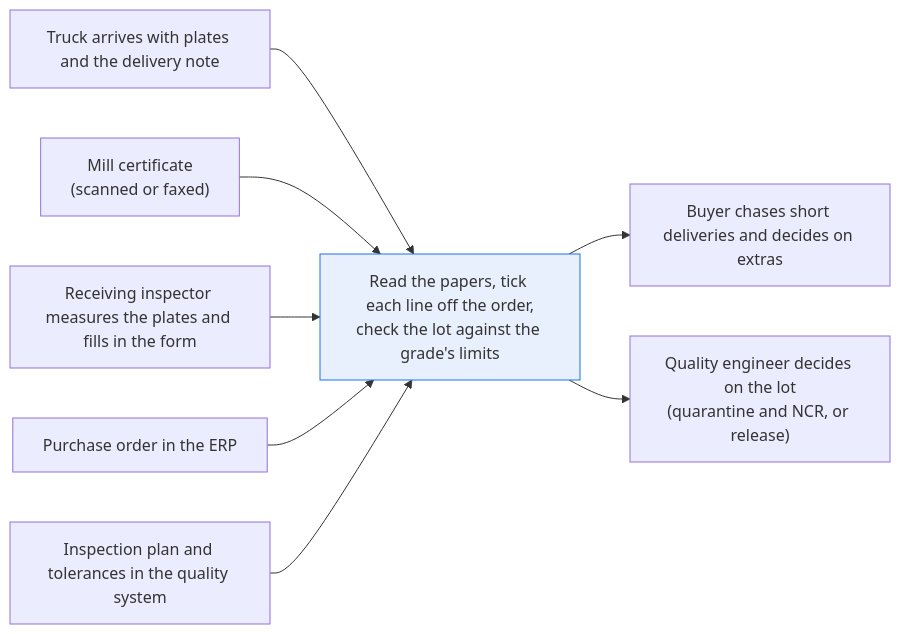
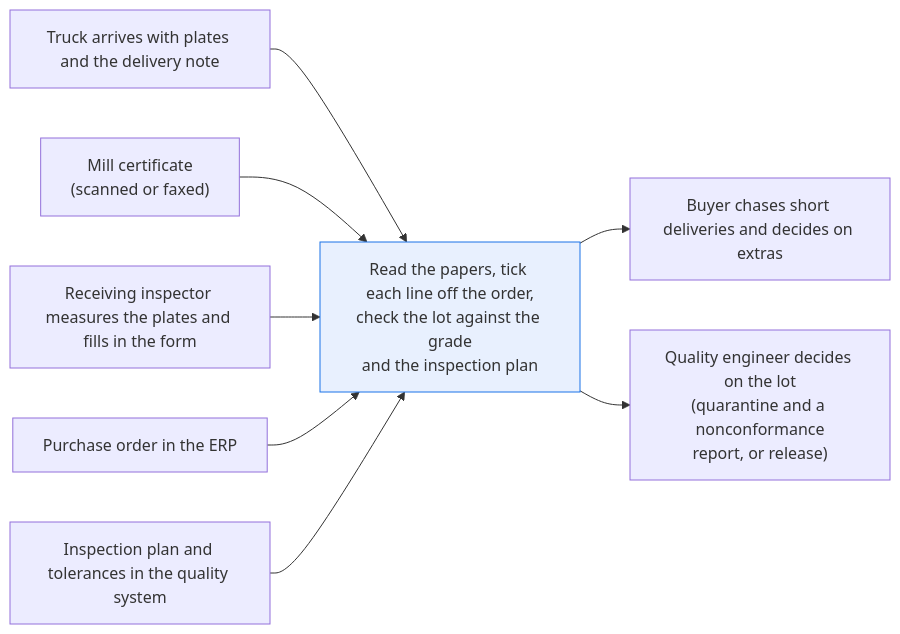
One commit to superlinked/cookbook changed the first of 2 diagrams in manufacturing/check_delivery_against_po/README.md. Above: the diagram before and after it, drawn with Mermaid. The commit also changed other lines of this file and 9 other files, not shown here.

````diff
--- a/manufacturing/check_delivery_against_po/README.md
+++ b/manufacturing/check_delivery_against_po/README.md
@@ -61,13 +62,13 @@
 ```mermaid
 flowchart LR
     A[Truck arrives with plates and the delivery note] --> E
     B["Mill certificate<br/>(scanned or faxed)"] --> E
     C[Receiving inspector measures the plates and fills in the form] --> E
     D[Purchase order in the ERP] --> E
     H[Inspection plan and tolerances in the quality system] --> E
-    E["Read the papers, tick each line off the order,<br/>check the lot against the grade's limits"]
+    E["Read the papers, tick each line off the order,<br/>check the lot against the grade<br/>and the inspection plan"]
     E --> F[Buyer chases short deliveries and decides on extras]
-    E --> G["Quality engineer decides on the lot<br/>(quarantine and NCR, or release)"]
+    E --> G["Quality engineer decides on the lot<br/>(quarantine and a nonconformance<br/>report, or release)"]
     classDef recipe fill:#e8f0fe,stroke:#1a73e8
     class E recipe;
 ```
````
